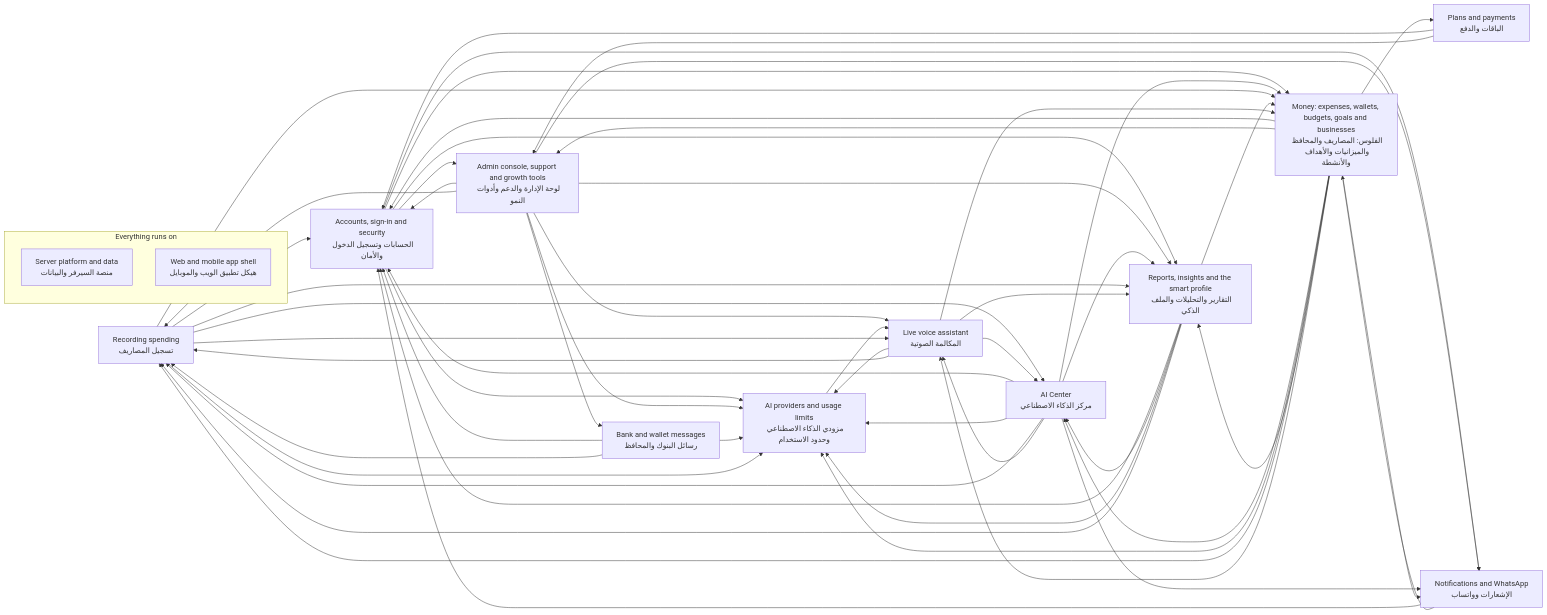
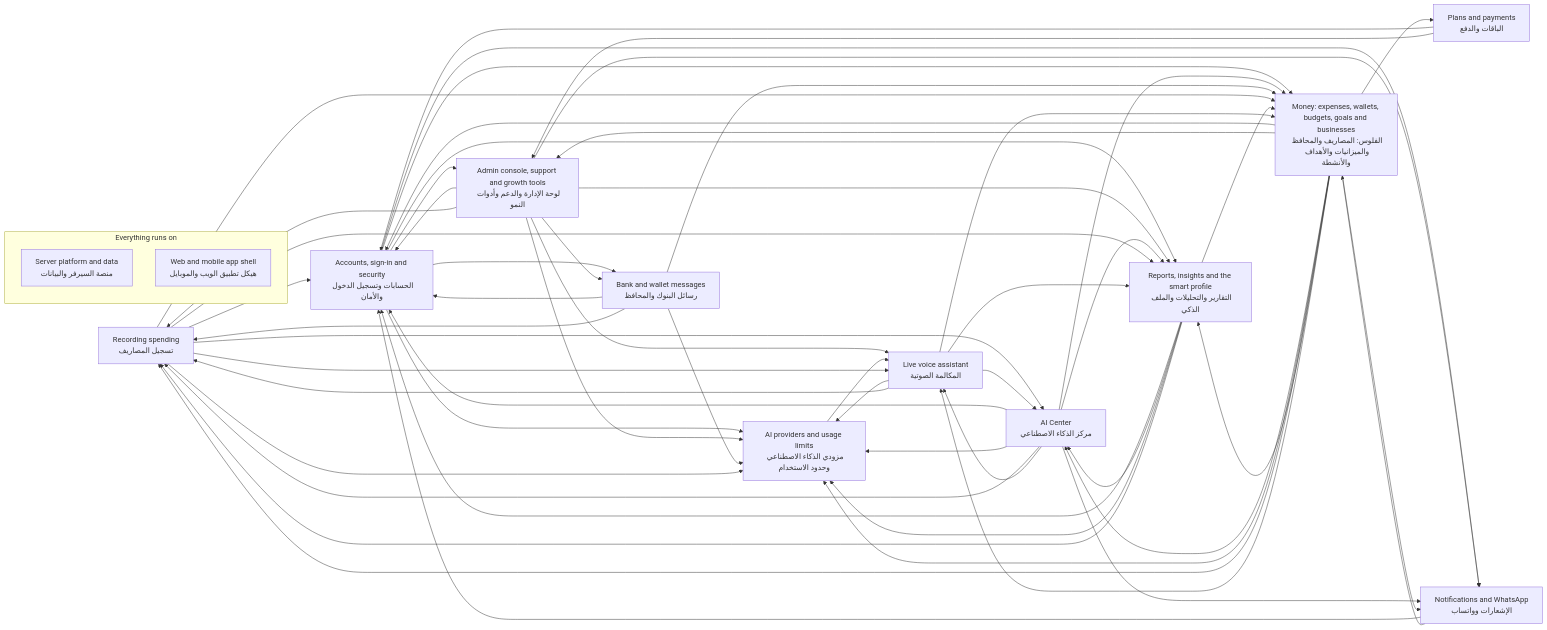
The diagram in docs/atlas/systems/README.md (mahmoudtaherr111/smartspend_mini_all), drawn with Mermaid before and after one commit. The commit also changed other lines of this file and 50 other files, not shown here.

````diff
--- a/docs/atlas/systems/README.md
+++ b/docs/atlas/systems/README.md
@@ -15,70 +15,72 @@
 ```mermaid
 flowchart LR
   sys_expense_capture["Recording spending<br/>تسجيل المصاريف"]
   sys_bank_messages["Bank and wallet messages<br/>رسائل البنوك والمحافظ"]
   sys_voice_calls["Live voice assistant<br/>المكالمة الصوتية"]
   sys_ai_center["AI Center<br/>مركز الذكاء الاصطناعي"]
   sys_insights["Reports, insights and the smart profile<br/>التقارير والتحليلات والملف الذكي"]
   sys_money["Money: expenses, wallets, budgets, goals and businesses<br/>الفلوس: المصاريف والمحافظ والميزانيات والأهداف والأنشطة"]
   sys_accounts["Accounts, sign-in and security<br/>الحسابات وتسجيل الدخول والأمان"]
   sys_billing["Plans and payments<br/>الباقات والدفع"]
   sys_notifications["Notifications and WhatsApp<br/>الإشعارات وواتساب"]
   sys_admin["Admin console, support and growth tools<br/>لوحة الإدارة والدعم وأدوات النمو"]
   sys_ai_platform["AI providers and usage limits<br/>مزودي الذكاء الاصطناعي وحدود الاستخدام"]
   subgraph g_foundation["Everything runs on"]
     sys_platform["Server platform and data<br/>منصة السيرفر والبيانات"]
     sys_web_app["Web and mobile app shell<br/>هيكل تطبيق الويب والموبايل"]
   end
   sys_accounts --> sys_admin
   sys_accounts --> sys_ai_platform
+  sys_accounts --> sys_bank_messages
   sys_accounts --> sys_insights
   sys_accounts --> sys_money
   sys_accounts --> sys_notifications
   sys_admin --> sys_accounts
   sys_admin --> sys_ai_platform
   sys_admin --> sys_bank_messages
   sys_admin --> sys_expense_capture
   sys_admin --> sys_insights
   sys_admin --> sys_notifications
   sys_admin --> sys_voice_calls
   sys_ai_center --> sys_accounts
   sys_ai_center --> sys_ai_platform
   sys_ai_center --> sys_expense_capture
   sys_ai_center --> sys_insights
   sys_ai_center --> sys_money
   sys_ai_center --> sys_notifications
   sys_ai_center --> sys_voice_calls
   sys_ai_platform --> sys_voice_calls
   sys_bank_messages --> sys_accounts
   sys_bank_messages --> sys_ai_platform
   sys_bank_messages --> sys_expense_capture
+  sys_bank_messages --> sys_money
   sys_billing --> sys_accounts
   sys_billing --> sys_admin
   sys_expense_capture --> sys_accounts
   sys_expense_capture --> sys_ai_center
   sys_expense_capture --> sys_ai_platform
   sys_expense_capture --> sys_insights
   sys_expense_capture --> sys_money
   sys_expense_capture --> sys_voice_calls
   sys_insights --> sys_accounts
   sys_insights --> sys_ai_center
   sys_insights --> sys_ai_platform
   sys_insights --> sys_expense_capture
   sys_insights --> sys_money
   sys_money --> sys_accounts
   sys_money --> sys_admin
   sys_money --> sys_ai_center
   sys_money --> sys_ai_platform
   sys_money --> sys_billing
   sys_money --> sys_expense_capture
   sys_money --> sys_insights
   sys_money --> sys_notifications
   sys_money --> sys_voice_calls
   sys_notifications --> sys_accounts
   sys_notifications --> sys_money
   sys_voice_calls --> sys_ai_center
   sys_voice_calls --> sys_ai_platform
   sys_voice_calls --> sys_expense_capture
   sys_voice_calls --> sys_insights
   sys_voice_calls --> sys_money
 ```
````
